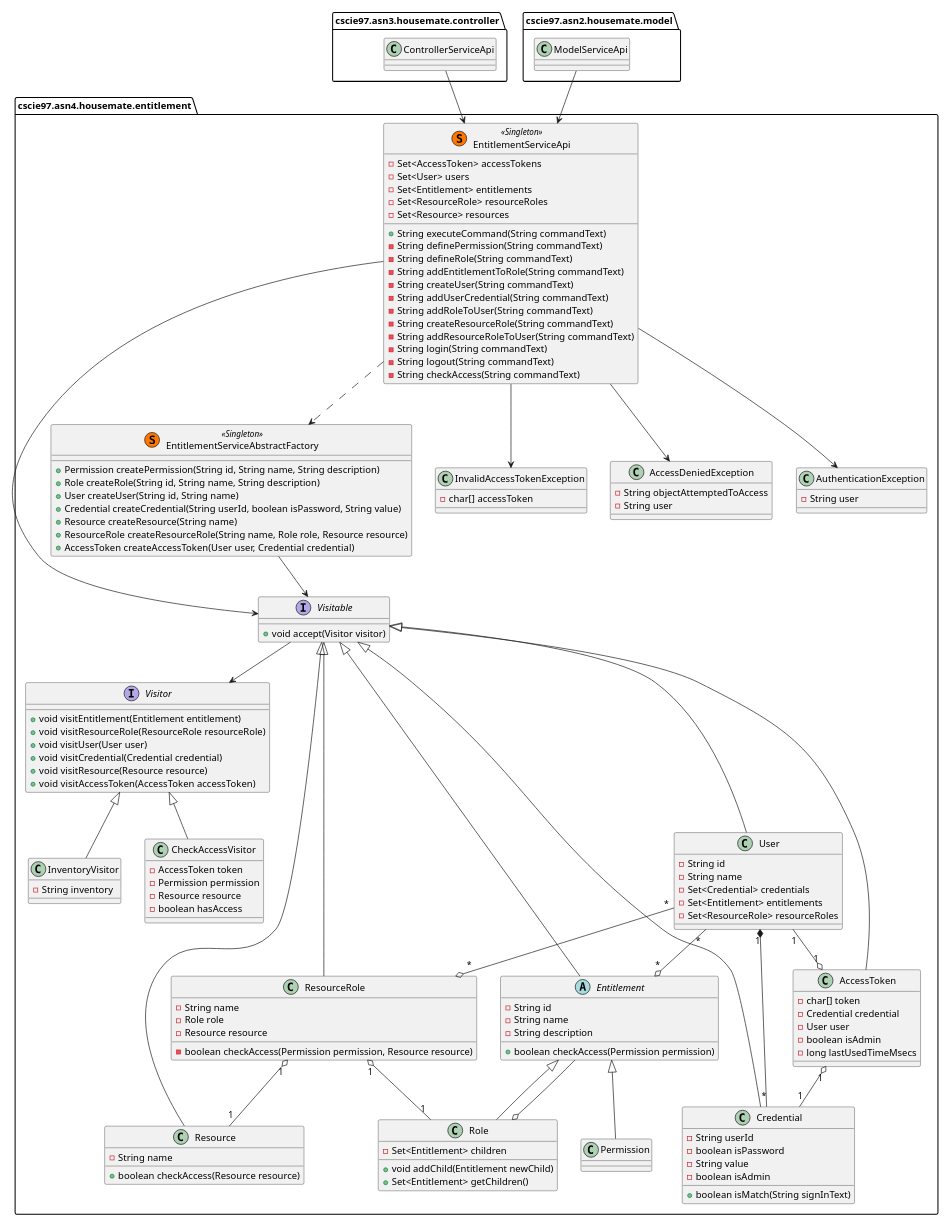
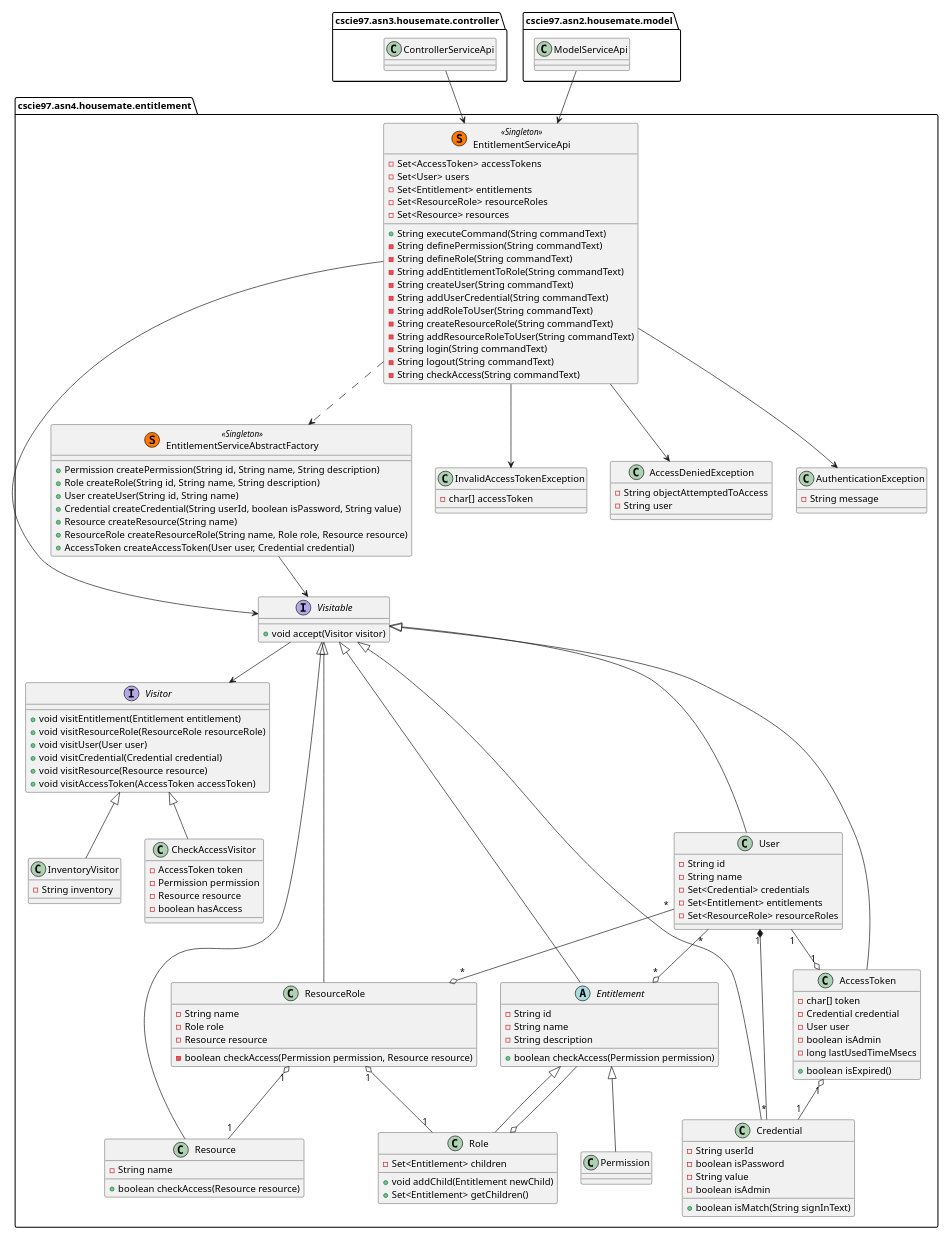
One commit to erikorlowski/cscie97 changed the second of 2 diagrams in cscie97/asn4/Design.md. Above: the diagram before and after it, drawn with PlantUML. The commit also changed other lines of this file, not shown here.

```diff
--- a/cscie97/asn4/Design.md
+++ b/cscie97/asn4/Design.md
@@ -442,6 +442,7 @@
         - User user
         - boolean isAdmin
         - long lastUsedTimeMsecs
+        + boolean isExpired()
     }
 
     Visitable <|-- Entitlement
@@ -478,7 +479,7 @@
     }
 
     class AuthenticationException {
-        - String user
+        - String message
     }
 }
 
```
